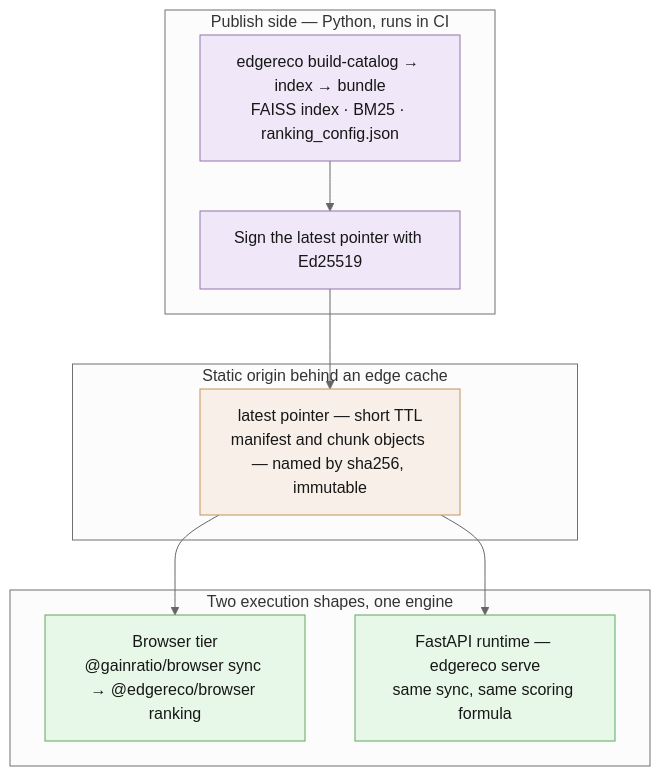
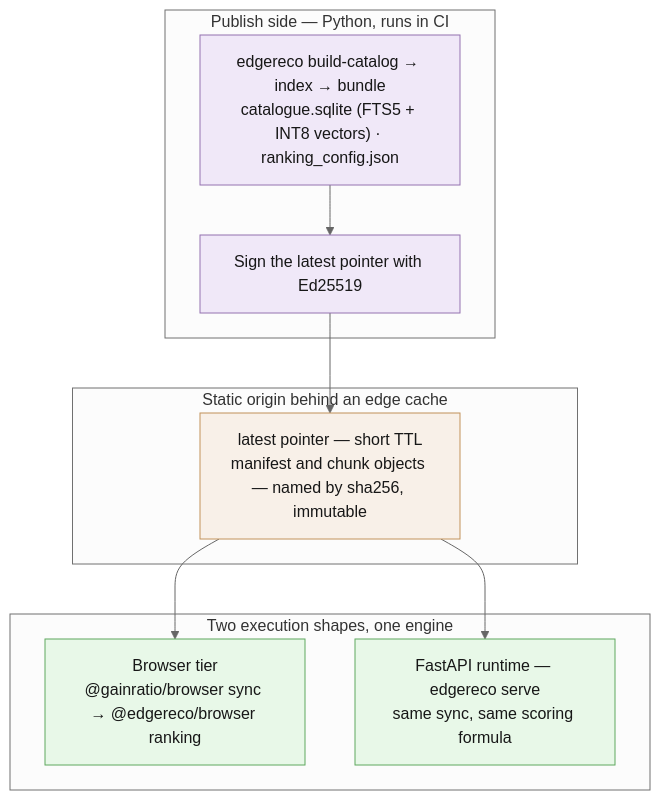
One commit to gainratio/edge-reco changed the first of 4 diagrams in docs/ARCHITECTURE.md. Above: the diagram before and after it, drawn with Mermaid (neutral theme). The commit also changed other lines of this file and 2077 other files, not shown here.

First line of the commit message:
feat(catalog): scale browser storefront to 100,000 products on pure OPFS SQLite + INT8 vectors (#185)

````diff
--- a/docs/ARCHITECTURE.md
+++ b/docs/ARCHITECTURE.md
@@ -27,27 +27,27 @@
 ```mermaid
 flowchart TB
   subgraph publish["Publish side — Python, runs in CI"]
-    build["edgereco build-catalog → index → bundle<br>FAISS index · BM25 · ranking_config.json"]
+    build["edgereco build-catalog → index → bundle<br>catalogue.sqlite (FTS5 + INT8 vectors) · ranking_config.json"]
     sign["Sign the latest pointer with Ed25519"]
   end
 
   subgraph serve["Static origin behind an edge cache"]
     origin["latest pointer — short TTL<br>manifest and chunk objects — named by sha256, immutable"]
   end
 
   subgraph consumers["Two execution shapes, one engine"]
     browser["Browser tier<br>@gainratio/browser sync → @edgereco/browser ranking"]
     api["FastAPI runtime — edgereco serve<br>same sync, same scoring formula"]
   end
 
   build --> sign --> origin
   origin --> browser
   origin --> api
 
   classDef pub fill:#f0e8f8,stroke:#9472b0,color:#171717;
   classDef cdn fill:#f8f0e8,stroke:#c2925a,color:#171717;
   classDef local fill:#e8f8e8,stroke:#5fa85f,color:#171717;
   class build,sign pub;
   class origin cdn;
   class browser,api local;
 ```
````
